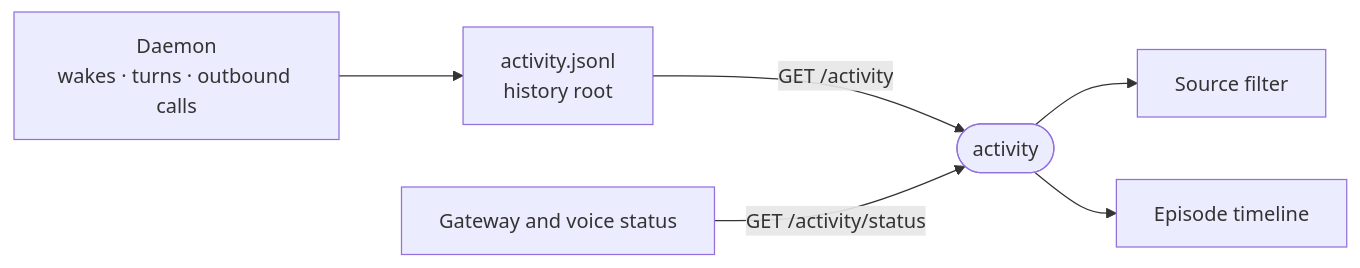
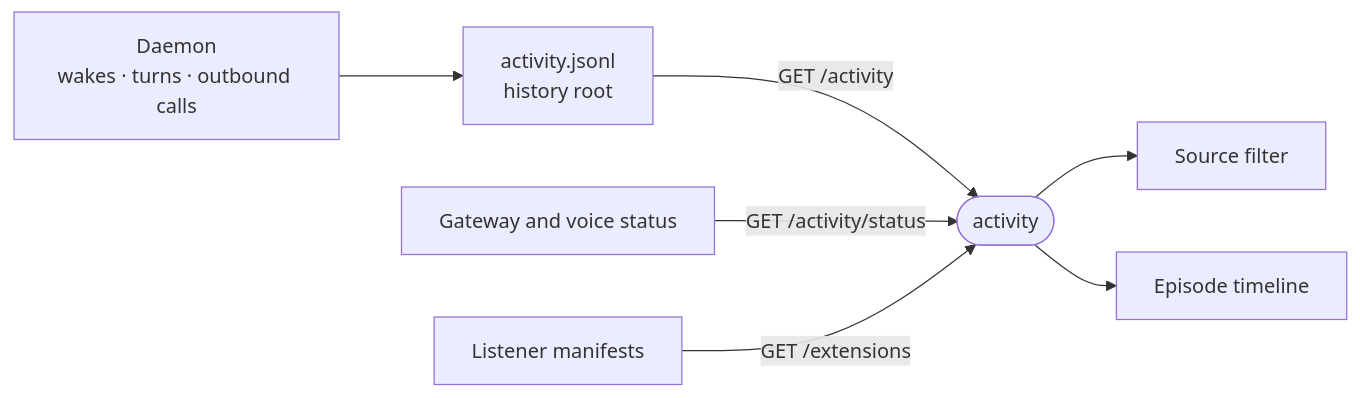
One commit to intentic/intentic changed the diagram in _extensions/activity/README.md. Above: the diagram before and after it, drawn with Mermaid. The commit also changed other lines of this file and 2216 other files, not shown here.

Commit message:
chore(docs): refresh architecture index for extension changes

````diff
--- a/_extensions/activity/README.md
+++ b/_extensions/activity/README.md
@@ -5,8 +5,9 @@
 ```mermaid
 flowchart LR
     daemon["Daemon<br/>wakes · turns · outbound calls"] --> log["activity.jsonl<br/>history root"]
     log -->|"GET /activity"| view(["activity"])
     status["Gateway and voice status"] -->|"GET /activity/status"| view
+    manifests["Listener manifests"] -->|"GET /extensions"| view
     view --> rail["Source filter"]
     view --> timeline["Episode timeline"]
 ```
````
